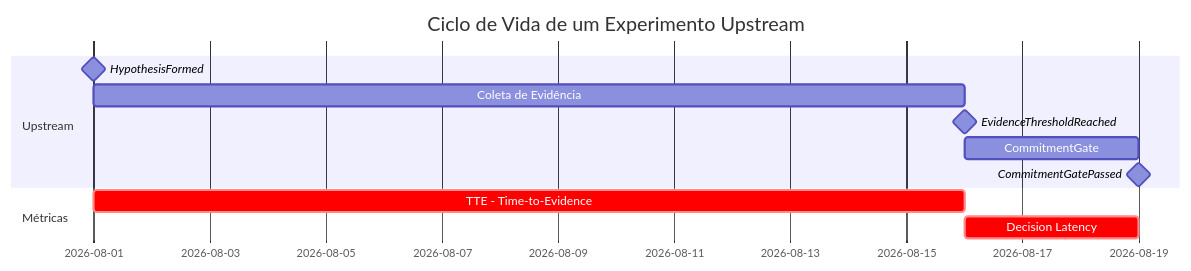
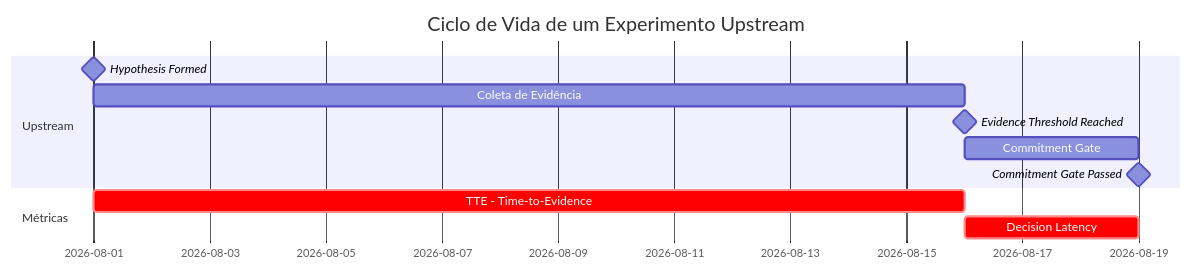
One commit to produtoreativo/from-intent-to-outcome changed the second of 2 diagrams in capitulo-08.md. Above: the diagram before and after it, drawn with Mermaid. The commit also changed other lines of this file and 26 other files, not shown here.

````diff
--- a/capitulo-08.md
+++ b/capitulo-08.md
@@ -96,14 +96,14 @@
 ```mermaid
 gantt
     title Ciclo de Vida de um Experimento Upstream
     dateFormat  YYYY-MM-DD
     section Upstream
-    HypothesisFormed        :milestone, h1, 2026-08-01, 0d
-    Coleta de Evidência     :evidence, 2026-08-01, 15d
-    EvidenceThresholdReached :milestone, h2, after evidence, 0d
-    CommitmentGate          :Gate, after h2, 3d
-    CommitmentGatePassed    :milestone, h3, after Gate, 0d
+    Hypothesis Formed           :milestone, h1, 2026-08-01, 0d
+    Coleta de Evidência         :evidence, 2026-08-01, 15d
+    Evidence Threshold Reached  :milestone, h2, after evidence, 0d
+    Commitment Gate             :Gate, after h2, 3d
+    Commitment Gate Passed      :milestone, h3, after Gate, 0d
     section Métricas
     TTE - Time-to-Evidence  :crit, 2026-08-01, 15d
     Decision Latency        :crit, after evidence, 3d
 ```
````
